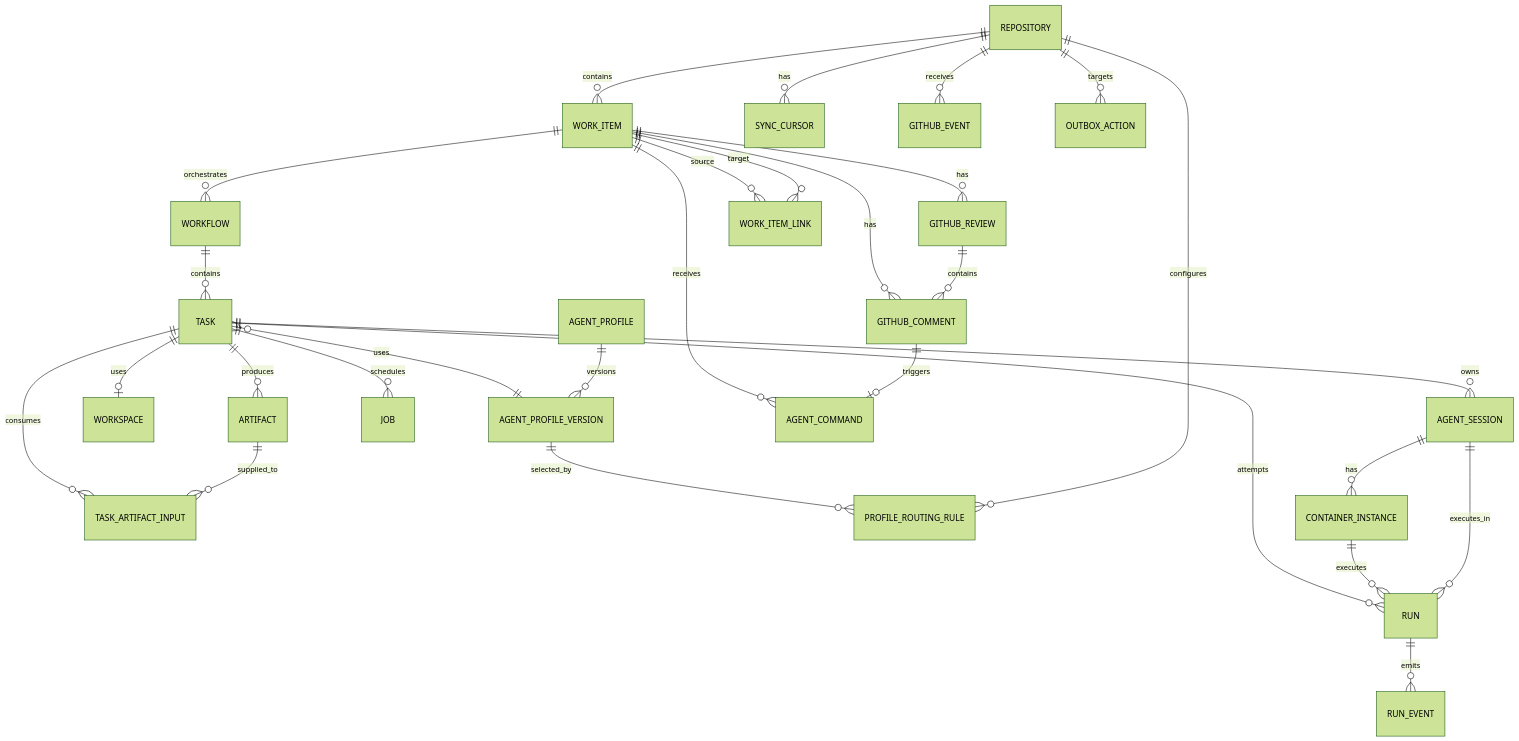
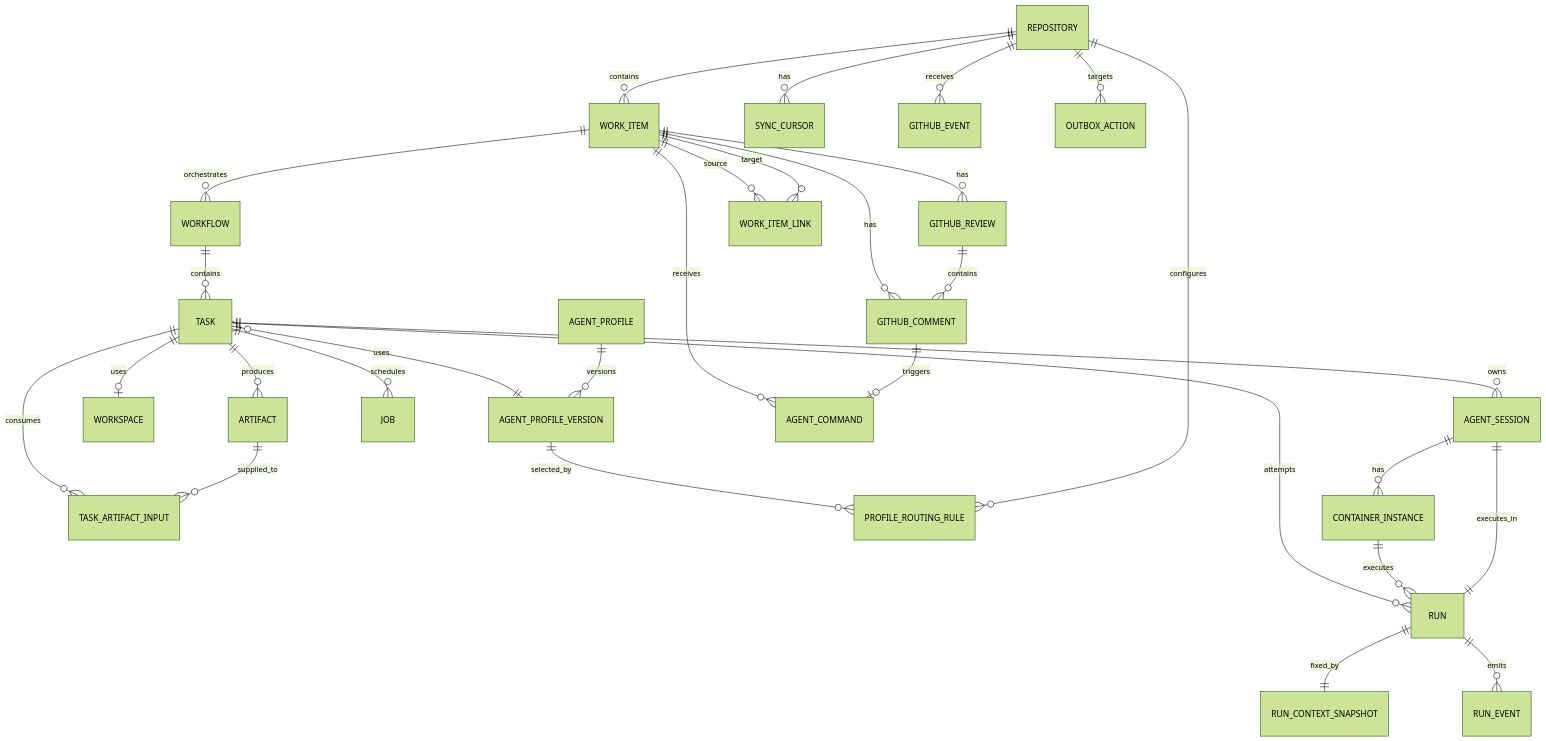
One commit to aliaksandrZh/ai-worker-01 changed the diagram in pi-agent-architecture/02-data-model.md. Above: the diagram before and after it, drawn with Mermaid (forest theme). The commit also changed other lines of this file and 6 other files, not shown here.

````diff
--- a/pi-agent-architecture/02-data-model.md
+++ b/pi-agent-architecture/02-data-model.md
@@ -7,31 +7,32 @@
 ```mermaid
 erDiagram
     REPOSITORY ||--o{ WORK_ITEM : contains
     REPOSITORY ||--o{ SYNC_CURSOR : has
     REPOSITORY ||--o{ GITHUB_EVENT : receives
     WORK_ITEM ||--o{ GITHUB_COMMENT : has
     WORK_ITEM ||--o{ GITHUB_REVIEW : has
     GITHUB_REVIEW ||--o{ GITHUB_COMMENT : contains
     WORK_ITEM ||--o{ WORKFLOW : orchestrates
     WORK_ITEM ||--o{ WORK_ITEM_LINK : source
     WORK_ITEM ||--o{ WORK_ITEM_LINK : target
     WORKFLOW ||--o{ TASK : contains
     TASK ||--o{ AGENT_SESSION : owns
     TASK ||--o| WORKSPACE : uses
     TASK ||--o{ RUN : attempts
     TASK ||--o{ ARTIFACT : produces
     TASK ||--o{ TASK_ARTIFACT_INPUT : consumes
     ARTIFACT ||--o{ TASK_ARTIFACT_INPUT : supplied_to
     TASK ||--o{ JOB : schedules
     TASK }o--|| AGENT_PROFILE_VERSION : uses
     AGENT_PROFILE_VERSION ||--o{ PROFILE_ROUTING_RULE : selected_by
-    RUN }o--|| AGENT_SESSION : executes_in
+    RUN ||--|| AGENT_SESSION : executes_in
     CONTAINER_INSTANCE ||--o{ RUN : executes
     AGENT_SESSION ||--o{ CONTAINER_INSTANCE : has
+    RUN ||--|| RUN_CONTEXT_SNAPSHOT : fixed_by
     AGENT_PROFILE ||--o{ AGENT_PROFILE_VERSION : versions
     WORK_ITEM ||--o{ AGENT_COMMAND : receives
     GITHUB_COMMENT ||--o| AGENT_COMMAND : triggers
     RUN ||--o{ RUN_EVENT : emits
     REPOSITORY ||--o{ OUTBOX_ACTION : targets
     REPOSITORY ||--o{ PROFILE_ROUTING_RULE : configures
 ```
````
